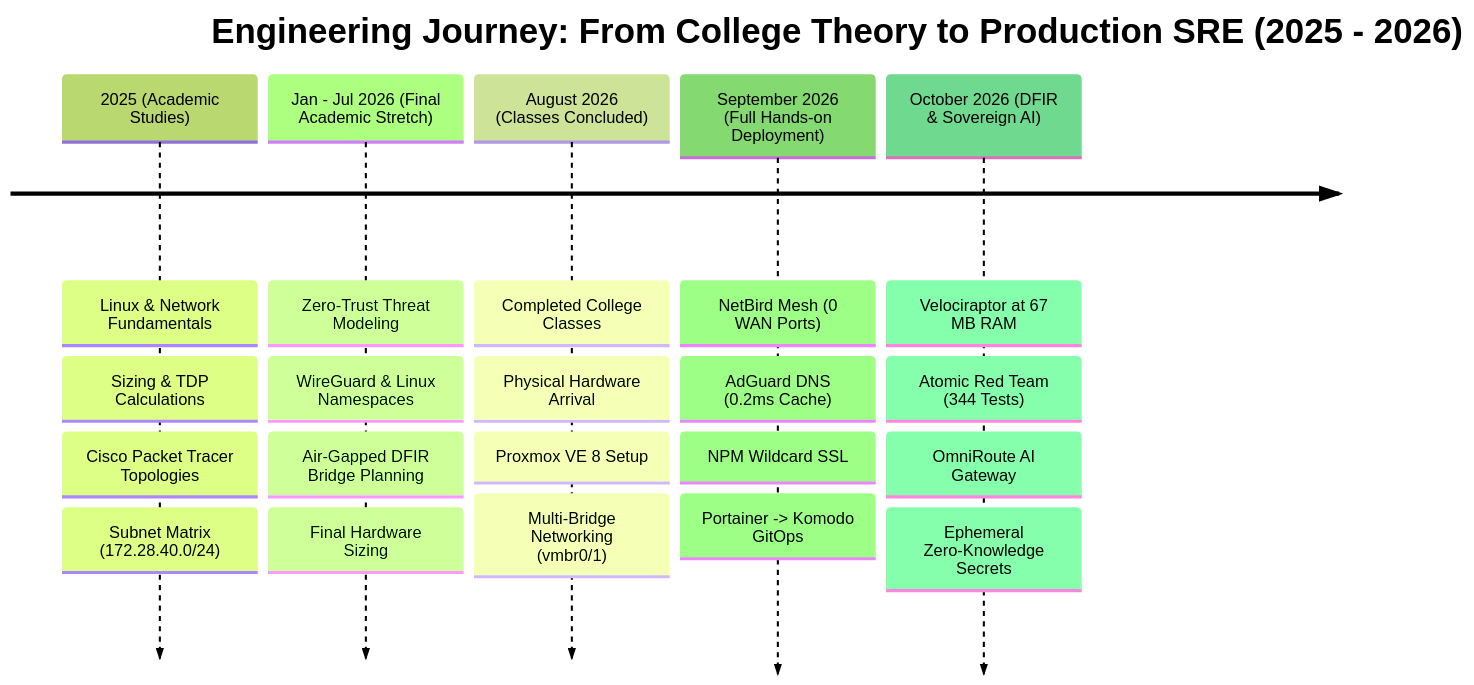
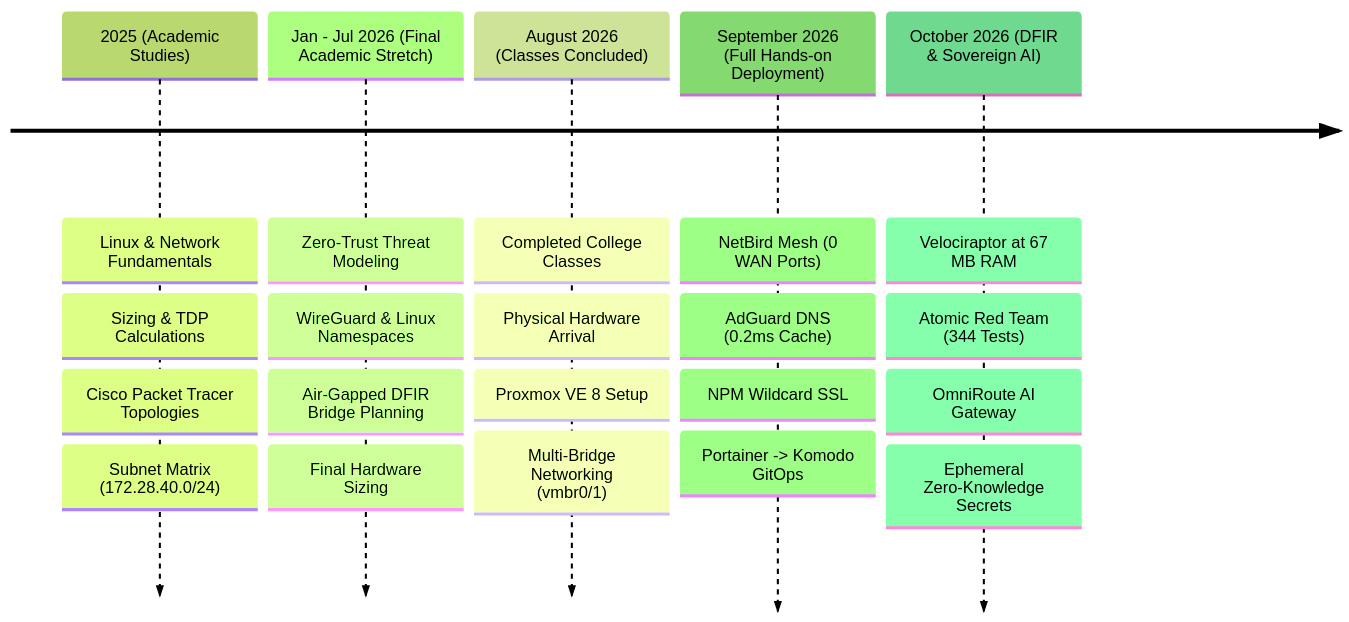
One commit to Lessa-github/homelab-zero-trust-infra changed the first of 3 diagrams in docs/README.md. Above: the diagram before and after it, drawn with Mermaid (forest theme). The commit also changed other lines of this file and 2 other files, not shown here.

Commit message:
style(mermaid): calibrate diagram widths, contrast typography and center timeline title

````diff
--- a/docs/README.md
+++ b/docs/README.md
@@ -28,9 +32,8 @@
 ```mermaid
 timeline
-    title Engineering Journey: From College Theory to Production SRE (2025 - 2026)
     2025 (Academic Studies) : Linux & Network Fundamentals : Sizing & TDP Calculations : Cisco Packet Tracer Topologies : Subnet Matrix (172.28.40.0/24)
     Jan - Jul 2026 (Final Academic Stretch) : Zero-Trust Threat Modeling : WireGuard & Linux Namespaces : Air-Gapped DFIR Bridge Planning : Final Hardware Sizing
     August 2026 (Classes Concluded) : Completed College Classes : Physical Hardware Arrival : Proxmox VE 8 Setup : Multi-Bridge Networking (vmbr0/1)
     September 2026 (Full Hands-on Deployment) : NetBird Mesh (0 WAN Ports) : AdGuard DNS (0.2ms Cache) : NPM Wildcard SSL : Portainer -> Komodo GitOps
     October 2026 (DFIR & Sovereign AI) : Velociraptor at 67 MB RAM : Atomic Red Team (344 Tests) : OmniRoute AI Gateway : Ephemeral Zero-Knowledge Secrets
 ```
````
